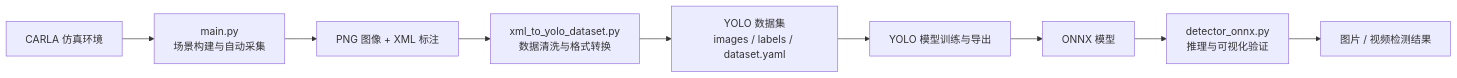
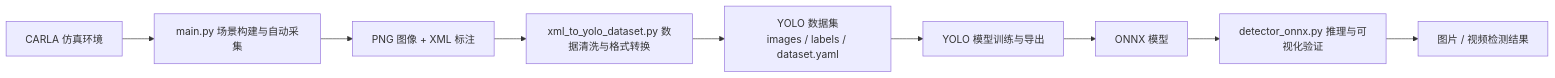
The diagram in docs/dv_detection.md (syz0429/doc), drawn with Mermaid before and after one commit.

````diff
--- a/docs/dv_detection.md
+++ b/docs/dv_detection.md
@@ -80,11 +80,11 @@
 ```mermaid
 flowchart LR
-    A["CARLA 仿真环境"] --> B["main.py<br/>场景构建与自动采集"]
+    A["CARLA 仿真环境"] --> B["main.py 场景构建与自动采集"]
     B --> C["PNG 图像 + XML 标注"]
-    C --> D["xml_to_yolo_dataset.py<br/>数据清洗与格式转换"]
+    C --> D["xml_to_yolo_dataset.py 数据清洗与格式转换"]
     D --> E["YOLO 数据集<br/>images / labels / dataset.yaml"]
     E --> F["YOLO 模型训练与导出"]
     F --> G["ONNX 模型"]
-    G --> H["detector_onnx.py<br/>推理与可视化验证"]
+    G --> H["detector_onnx.py 推理与可视化验证"]
     H --> I["图片 / 视频检测结果"]
 ```
````
